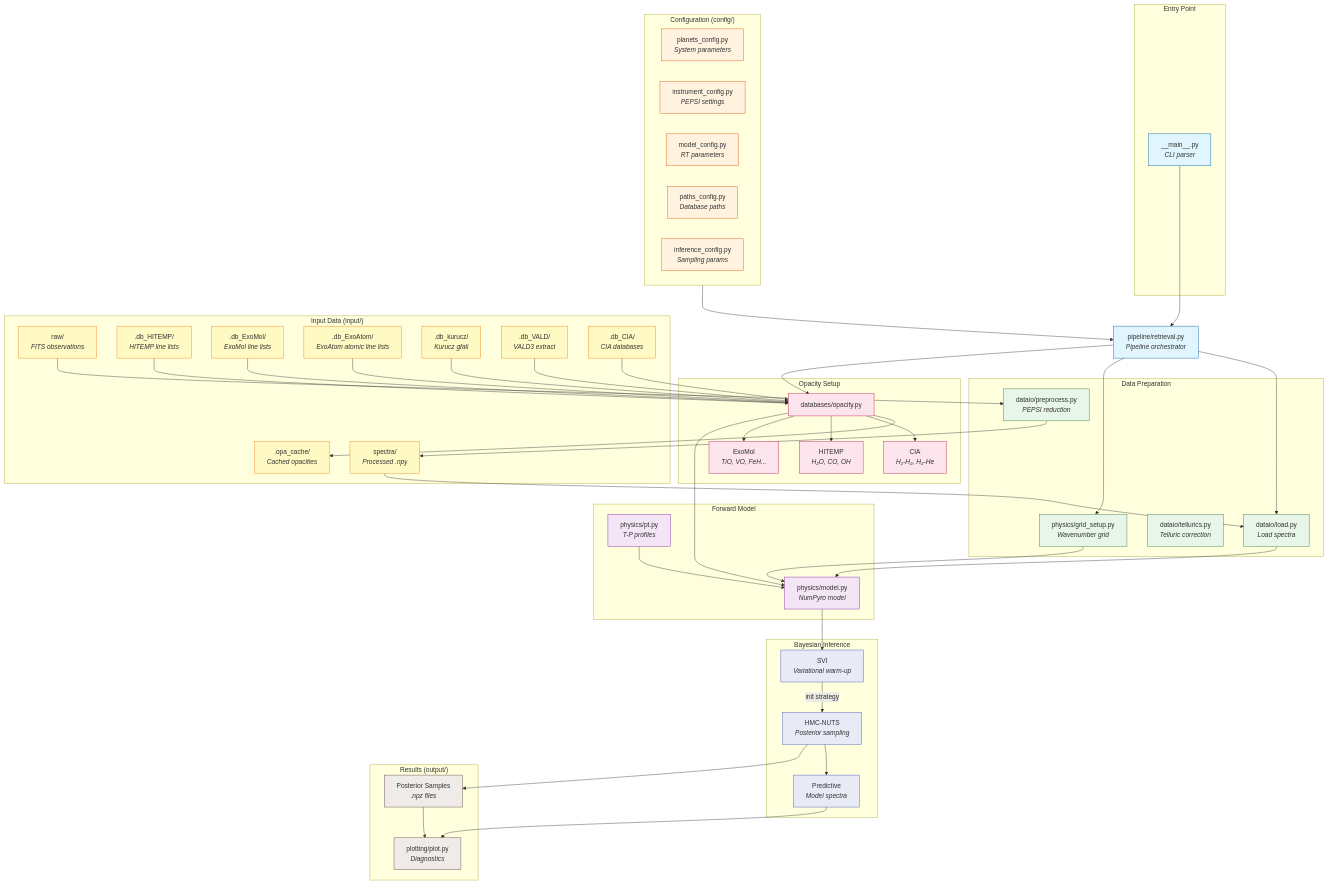
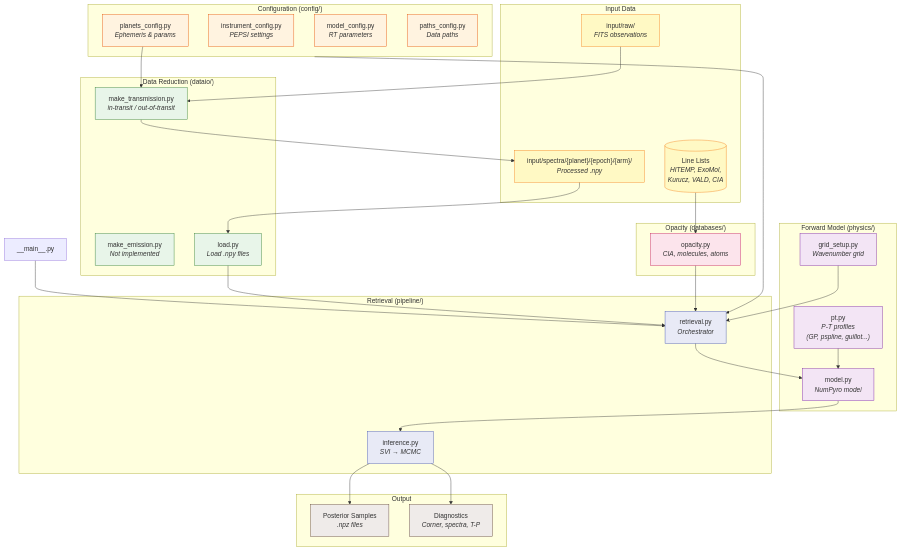
Before and after one commit to calderlen/atmo-retrieval: the diagram in README.md, drawn with Mermaid. The commit also changed other lines of this file, not shown here.

Commit message:
simplifed readme for now

````diff
--- a/README.md
+++ b/README.md
@@ -5,113 +7,80 @@
 ```mermaid
 flowchart TB
-    subgraph Input["Input Data (input/)"]
-        raw["raw/<br/><i>FITS observations</i>"]
-        spectra["spectra/<br/><i>Processed .npy</i>"]
-        db_hitemp[".db_HITEMP/<br/><i>HITEMP line lists</i>"]
-        db_exomol[".db_ExoMol/<br/><i>ExoMol line lists</i>"]
-        db_exoatom[".db_ExoAtom/<br/><i>ExoAtom atomic line lists</i>"]
-        db_kurucz[".db_kurucz/<br/><i>Kurucz gfall</i>"]
-        db_vald[".db_VALD/<br/><i>VALD3 extract</i>"]
-        db_cia[".db_CIA/<br/><i>CIA databases</i>"]
-        opa_cache[".opa_cache/<br/><i>Cached opacities</i>"]
-    end
-
-    subgraph CLI["Entry Point"]
-        main["__main__.py<br/><i>CLI parser</i>"]
+    subgraph Input["Input Data"]
+        raw["input/raw/<br/><i>FITS observations</i>"]
+        spectra["input/spectra/{planet}/{epoch}/{arm}/<br/><i>Processed .npy</i>"]
+        db[("Line Lists<br/><i>HITEMP, ExoMol,<br/>Kurucz, VALD, CIA</i>")]
     end
 
     subgraph Config["Configuration (config/)"]
-        planets["planets_config.py<br/><i>System parameters</i>"]
+        planets["planets_config.py<br/><i>Ephemeris & params</i>"]
         instrument["instrument_config.py<br/><i>PEPSI settings</i>"]
         model_cfg["model_config.py<br/><i>RT parameters</i>"]
-        paths["paths_config.py<br/><i>Database paths</i>"]
-        inf_cfg["inference_config.py<br/><i>Sampling params</i>"]
+        paths["paths_config.py<br/><i>Data paths</i>"]
     end
 
-    subgraph DataPrep["Data Preparation"]
-        load["dataio/load.py<br/><i>Load spectra</i>"]
-        preprocess["dataio/preprocess.py<br/><i>PEPSI reduction</i>"]
-        tellurics["dataio/tellurics.py<br/><i>Telluric correction</i>"]
-        grid["physics/grid_setup.py<br/><i>Wavenumber grid</i>"]
+    subgraph DataIO["Data Reduction (dataio/)"]
+        make_trans["make_transmission.py<br/><i>in-transit / out-of-transit</i>"]
+        make_emis["make_emission.py<br/><i>Not implemented</i>"]
+        load["load.py<br/><i>Load .npy files</i>"]
     end
 
-    subgraph Opacity["Opacity Setup"]
-        opa_setup["databases/opacity.py"]
-        cia["CIA<br/><i>H₂-H₂, H₂-He</i>"]
-        hitemp["HITEMP<br/><i>H₂O, CO, OH</i>"]
-        exomol["ExoMol<br/><i>TiO, VO, FeH...</i>"]
+    subgraph Physics["Forward Model (physics/)"]
+        model["model.py<br/><i>NumPyro model</i>"]
+        pt["pt.py<br/><i>P-T profiles<br/>(GP, pspline, guillot...)</i>"]
+        grid["grid_setup.py<br/><i>Wavenumber grid</i>"]
     end
 
-    subgraph Forward["Forward Model"]
-        model["physics/model.py<br/><i>NumPyro model</i>"]
-        pt["physics/pt.py<br/><i>T-P profiles</i>"]
+    subgraph Opacity["Opacity (databases/)"]
+        opa["opacity.py<br/><i>CIA, molecules, atoms</i>"]
     end
 
-    subgraph Inference["Bayesian Inference"]
-        svi["SVI<br/><i>Variational warm-up</i>"]
-        mcmc["HMC-NUTS<br/><i>Posterior sampling</i>"]
-        pred["Predictive<br/><i>Model spectra</i>"]
+    subgraph Pipeline["Retrieval (pipeline/)"]
+        retrieval["retrieval.py<br/><i>Orchestrator</i>"]
+        inference["inference.py<br/><i>SVI → MCMC</i>"]
     end
 
-    subgraph Output["Results (output/)"]
+    subgraph Output["Output"]
         posterior["Posterior Samples<br/><i>.npz files</i>"]
-        plots["plotting/plot.py<br/><i>Diagnostics</i>"]
+        plots["Diagnostics<br/><i>Corner, spectra, T-P</i>"]
     end
 
-    %% Data flow
-    raw --> preprocess
-    preprocess --> spectra
-    spectra --> load
+    %% Data reduction flow
+    raw --> make_trans
+    planets --> make_trans
+    make_trans --> spectra
 
-    db_hitemp --> opa_setup
-    db_exomol --> opa_setup
-    db_exoatom --> opa_setup
-    db_kurucz --> opa_setup
-    db_vald --> opa_setup
-    db_cia --> opa_setup
-    opa_setup --> opa_cache
-
-    %% Main flow
-    main --> retrieval["pipeline/retrieval.py<br/><i>Pipeline orchestrator</i>"]
+    %% Main retrieval flow
+    CLI["__main__.py"] --> retrieval
     Config --> retrieval
 
-    retrieval --> load
-    retrieval --> grid
-    retrieval --> opa_setup
+    spectra --> load
+    load --> retrieval
+    db --> opa
+    opa --> retrieval
+    grid --> retrieval
 
-    opa_setup --> cia
-    opa_setup --> hitemp
-    opa_setup --> exomol
+    retrieval --> model
+    pt --> model
+    model --> inference
 
-    load --> model
-    grid --> model
-    opa_setup --> model
-    pt --> model
-
-    model --> svi
-    svi -->|"init strategy"| mcmc
-    mcmc --> pred
-
-    mcmc --> posterior
-    pred --> plots
-    posterior --> plots
+    inference --> posterior
+    inference --> plots
 
     %% Styling
     classDef input fill:#fff9c4,stroke:#f57f17
-    classDef entry fill:#e1f5fe,stroke:#01579b
     classDef config fill:#fff3e0,stroke:#e65100
-    classDef data fill:#e8f5e9,stroke:#2e7d32
+    classDef dataio fill:#e8f5e9,stroke:#2e7d32
+    classDef physics fill:#f3e5f5,stroke:#7b1fa2
     classDef opacity fill:#fce4ec,stroke:#c2185b
-    classDef forward fill:#f3e5f5,stroke:#7b1fa2
-    classDef inference fill:#e8eaf6,stroke:#3f51b5
+    classDef pipeline fill:#e8eaf6,stroke:#3f51b5
     classDef output fill:#efebe9,stroke:#5d4037
 
-    class raw,spectra,db_hitemp,db_exomol,db_exoatom,db_kurucz,db_vald,db_cia,opa_cache input
-    class main,retrieval entry
-    class planets,instrument,model_cfg,paths,inf_cfg config
-    class load,preprocess,tellurics,grid data
-    class opa_setup,cia,hitemp,exomol opacity
-    class model,pt forward
-    class svi,mcmc,pred inference
+    class raw,spectra,db input
+    class planets,instrument,model_cfg,paths config
+    class make_trans,make_emis,load dataio
+    class model,pt,grid physics
+    class opa opacity
+    class retrieval,inference pipeline
     class posterior,plots output
 ```
````
